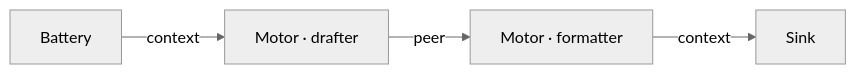
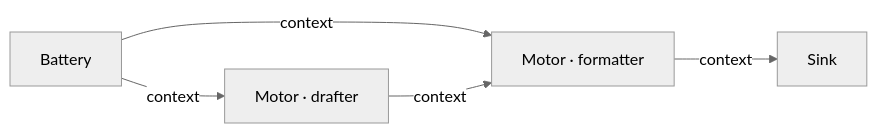
The first of 4 diagrams in docs/guides/circuit-design.md (ssm-08/cirkit), drawn with Mermaid (neutral theme) before and after one commit. The commit also changed other lines of this file and 7 other files, not shown here.

````diff
--- a/docs/guides/circuit-design.md
+++ b/docs/guides/circuit-design.md
@@ -7,6 +18,7 @@
 ```mermaid
 flowchart LR
     bat[Battery] -->|context| d[Motor · drafter]
-    d -->|peer| f[Motor · formatter]
-    f -->|context| sink[Sink]
+    bat          -->|context| f[Motor · formatter]
+    d            -->|context| f
+    f            -->|context| sink[Sink]
 ```
````
